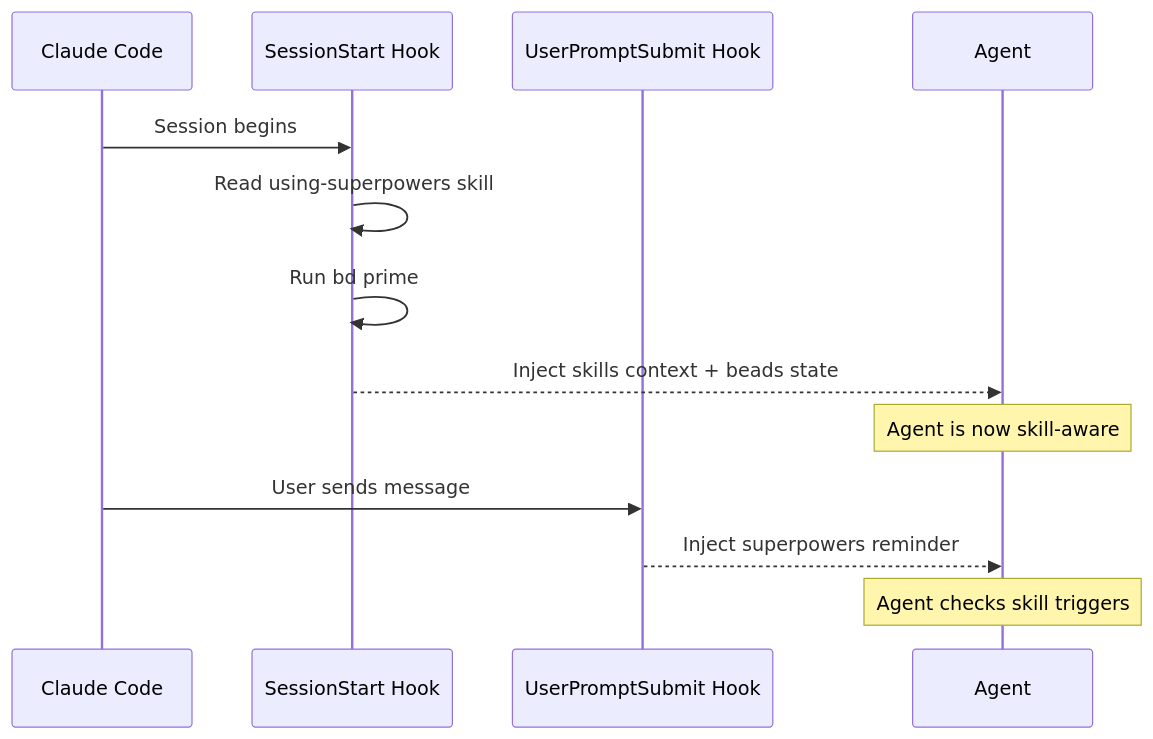
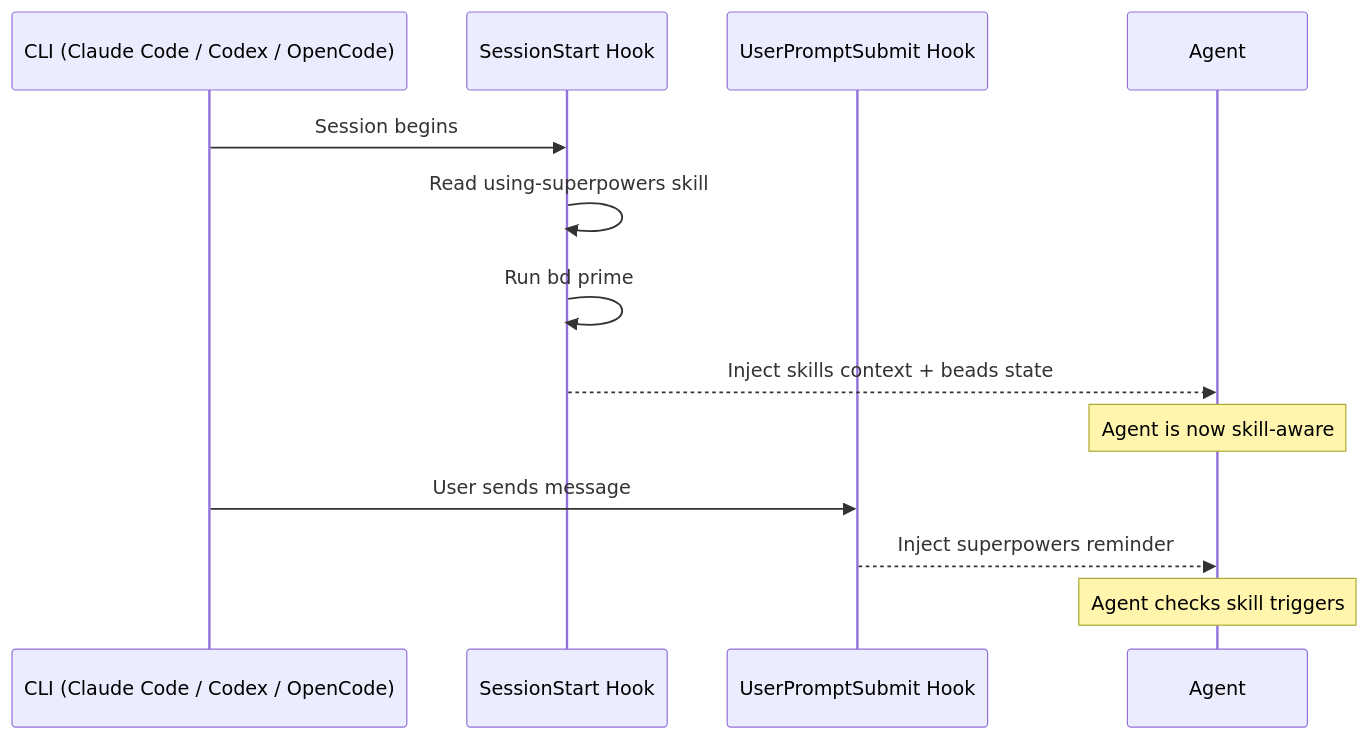
The diagram in docs/getting-started.md (DollarDill/beads-superpowers), drawn with Mermaid before and after one commit. The commit also changed other lines of this file and 5 other files, not shown here.

````diff
--- a/docs/getting-started.md
+++ b/docs/getting-started.md
@@ -83,17 +93,17 @@
 ```mermaid
 sequenceDiagram
-  participant CC as Claude Code
+  participant CC as CLI (Claude Code / Codex / OpenCode)
   participant SH as SessionStart Hook
   participant UP as UserPromptSubmit Hook
   participant Agent as Agent
 
   CC->>SH: Session begins
   SH->>SH: Read using-superpowers skill
   SH->>SH: Run bd prime
   SH-->>Agent: Inject skills context + beads state
   Note over Agent: Agent is now skill-aware
 
   CC->>UP: User sends message
   UP-->>Agent: Inject superpowers reminder
   Note over Agent: Agent checks skill triggers
 ```
````
